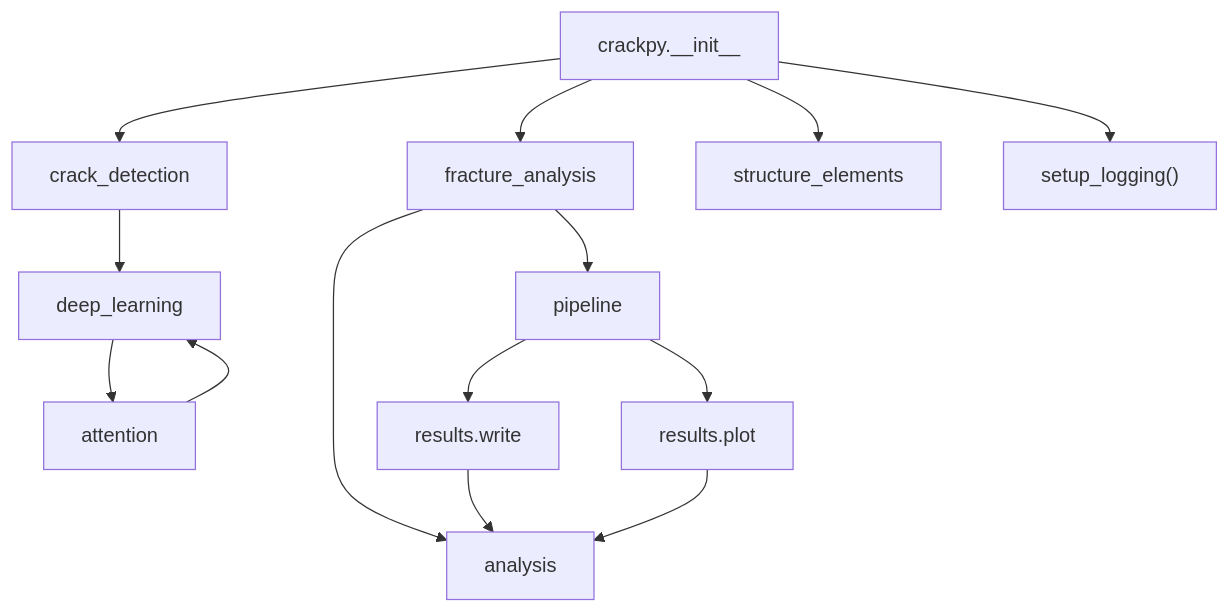
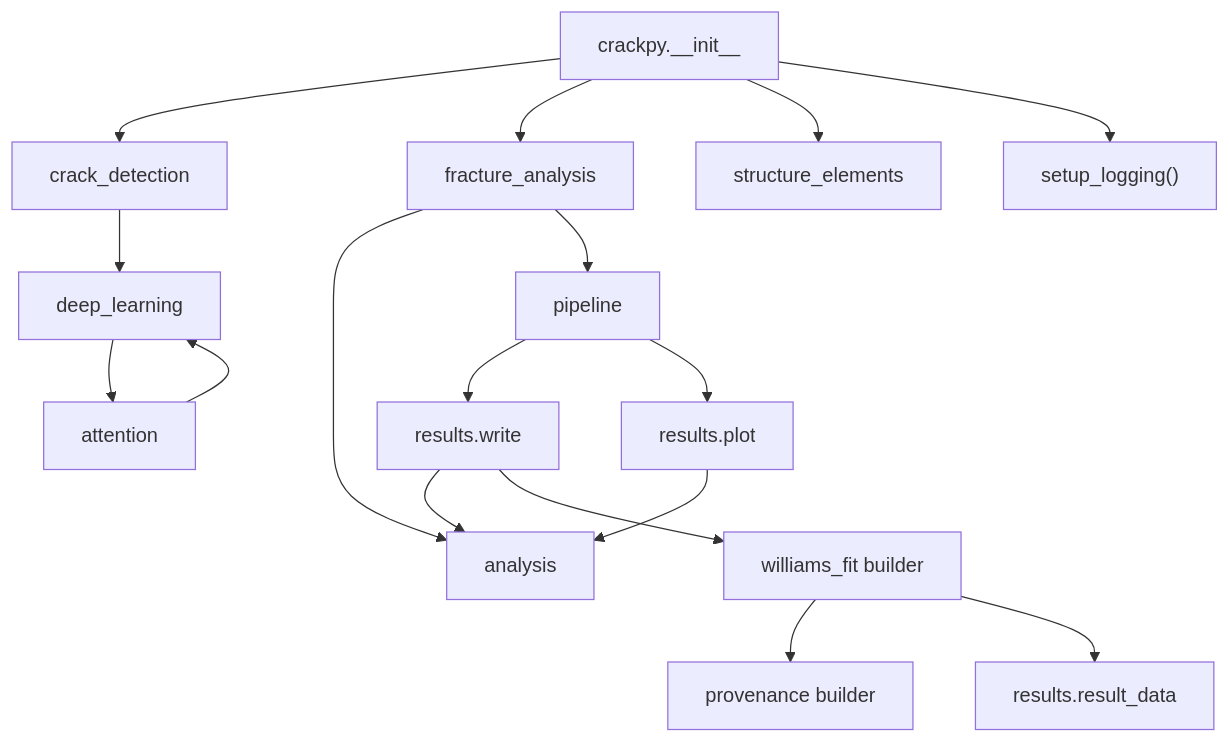
Before and after one commit to FerdiDoem/crackpy: the diagram in docs/architecture-wiki/coupling-map.md, drawn with Mermaid. The commit also changed other lines of this file and 13 other files, not shown here.

````diff
--- a/docs/architecture-wiki/coupling-map.md
+++ b/docs/architecture-wiki/coupling-map.md
@@ -50,16 +52,19 @@
 ```mermaid
 flowchart TD
     Root["crackpy.__init__"] --> CD["crack_detection"]
     Root --> FA["fracture_analysis"]
     Root --> SE["structure_elements"]
     Root --> LOG["setup_logging()"]
     FA --> ANA["analysis"]
     FA --> FP["pipeline"]
     FP --> RESW["results.write"]
     FP --> RESP["results.plot"]
     RESW --> ANA
     RESP --> ANA
+    RESW --> WFB["williams_fit builder"]
+    WFB --> PROV["provenance builder"]
+    WFB --> RD["results.result_data"]
     CD --> CDL["deep_learning"]
     CDL --> ATT["attention"]
     ATT --> CDL
 ```
````
